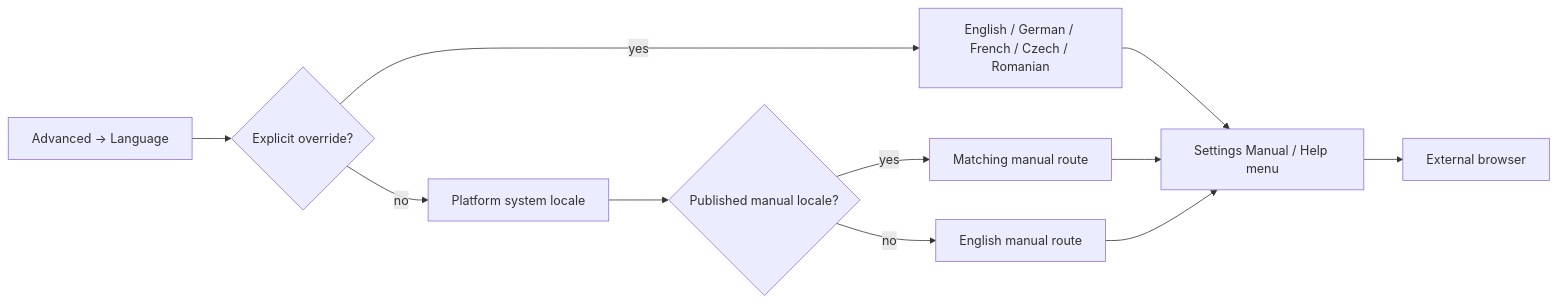
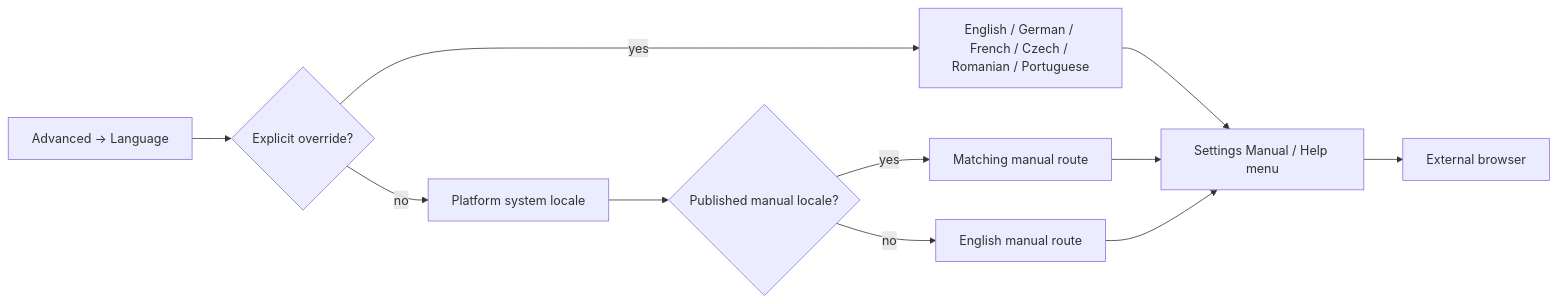
Before and after one commit to matthiasn/lotti: the seventh of 8 diagrams in lib/features/settings/README.md, drawn with Mermaid. The commit also changed other lines of this file and 84 other files, not shown here.

````diff
--- a/lib/features/settings/README.md
+++ b/lib/features/settings/README.md
@@ -591,13 +591,13 @@
 ```mermaid
 flowchart LR
   Choice["Advanced → Language"] --> Preference{"Explicit override?"}
-  Preference -->|yes| Override["English / German / French / Czech / Romanian"]
+  Preference -->|yes| Override["English / German / French / Czech / Romanian / Portuguese"]
   Preference -->|no| System["Platform system locale"]
   System --> Catalog{"Published manual locale?"}
   Catalog -->|yes| Matched["Matching manual route"]
   Catalog -->|no| English["English manual route"]
   Override --> ManualLink["Settings Manual / Help menu"]
   Matched --> ManualLink
   English --> ManualLink
   ManualLink --> Browser["External browser"]
 ```
````
